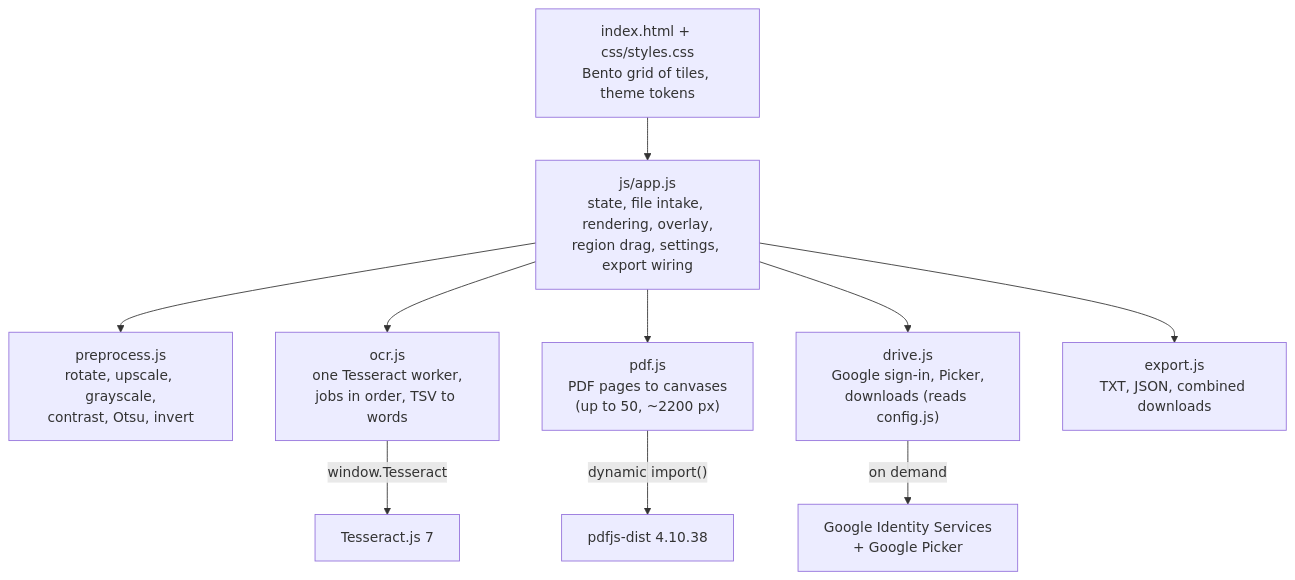
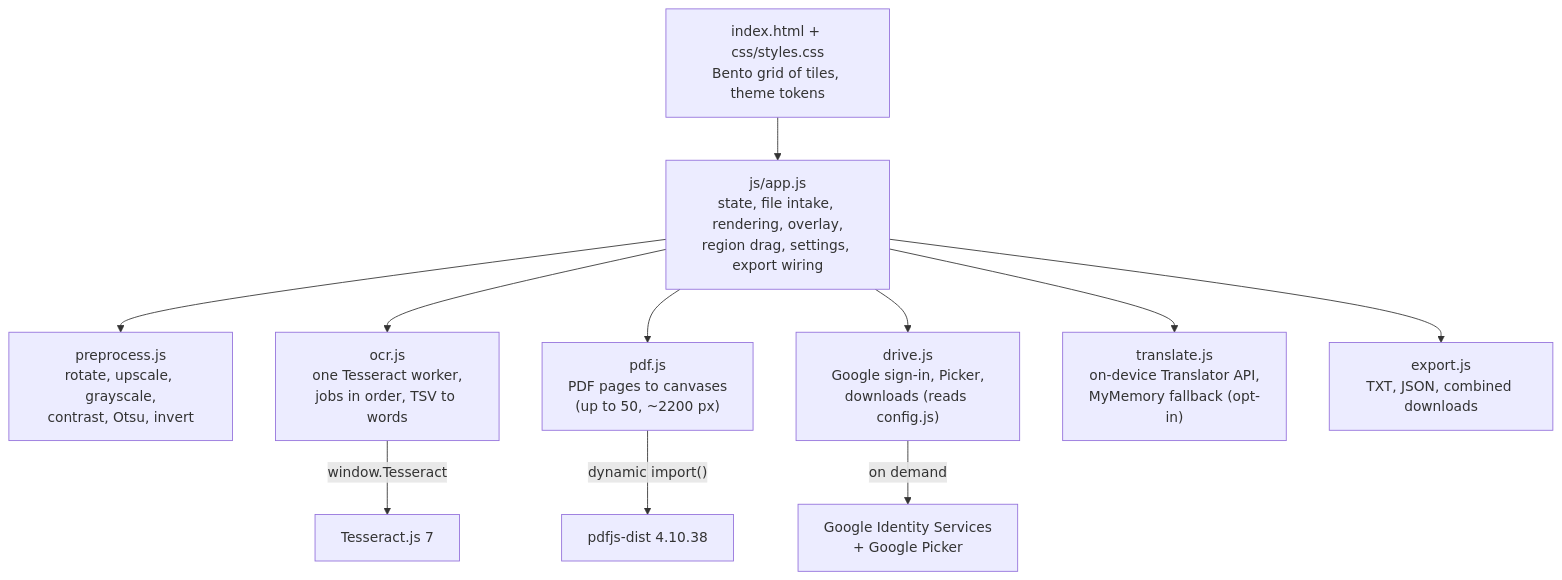
The second of 3 diagrams in ARCHITECTURE.md (bharathdrive-ai/imageRecognition), drawn with Mermaid before and after one commit. The commit also changed other lines of this file and 8 other files, not shown here.

````diff
--- a/ARCHITECTURE.md
+++ b/ARCHITECTURE.md
@@ -42,12 +43,13 @@
 ```mermaid
 flowchart TB
     index["index.html + css/styles.css<br/>Bento grid of tiles, theme tokens"] --> app["js/app.js<br/>state, file intake, rendering, overlay,<br/>region drag, settings, export wiring"]
     app --> pre["preprocess.js<br/>rotate, upscale, grayscale,<br/>contrast, Otsu, invert"]
     app --> ocr["ocr.js<br/>one Tesseract worker,<br/>jobs in order, TSV to words"]
     app --> pdf["pdf.js<br/>PDF pages to canvases<br/>(up to 50, ~2200 px)"]
     app --> drive["drive.js<br/>Google sign-in, Picker,<br/>downloads (reads config.js)"]
+    app --> tr["translate.js<br/>on-device Translator API,<br/>MyMemory fallback (opt-in)"]
     app --> exp["export.js<br/>TXT, JSON, combined downloads"]
     ocr -- "window.Tesseract" --> tess["Tesseract.js 7"]
     pdf -- "dynamic import()" --> pdfjs["pdfjs-dist 4.10.38"]
     drive -- "on demand" --> google["Google Identity Services<br/>+ Google Picker"]
 ```
````
